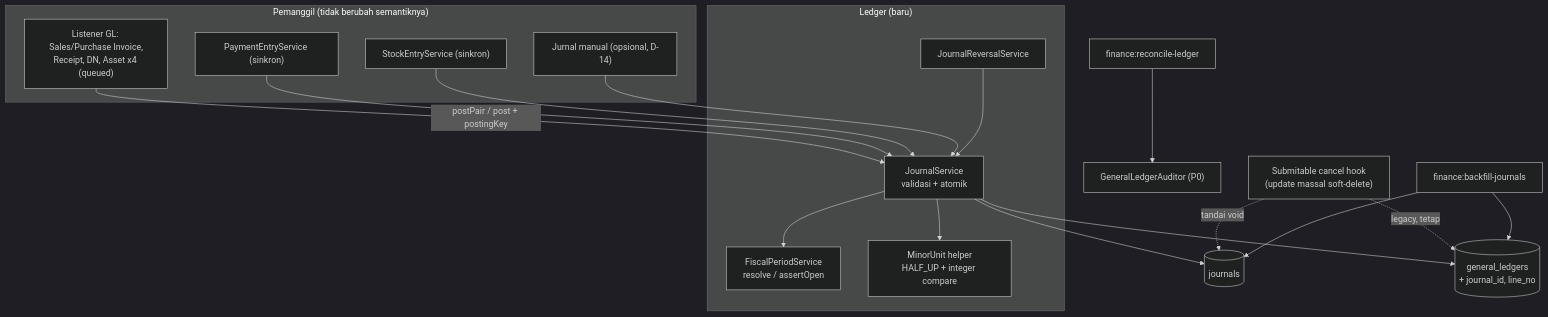
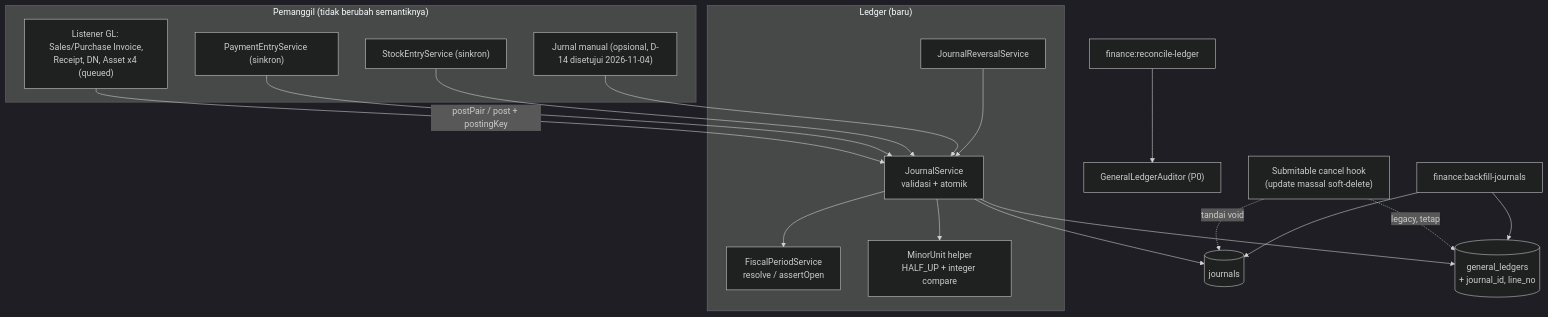
One commit to RimbunCode/erp_pataya changed the first of 2 diagrams in .kiro/specs/finance-p1-journal-core/design.md. Above: the diagram before and after it, drawn with Mermaid (dark theme). The commit also changed other lines of this file and 11 other files, not shown here.

````diff
--- a/.kiro/specs/finance-p1-journal-core/design.md
+++ b/.kiro/specs/finance-p1-journal-core/design.md
@@ -24,29 +26,29 @@
 ```mermaid
 flowchart TD
     subgraph CALLERS["Pemanggil (tidak berubah semantiknya)"]
         L1["Listener GL: Sales/Purchase Invoice,<br/>Receipt, DN, Asset x4 (queued)"]
         L2["PaymentEntryService (sinkron)"]
         L3["StockEntryService (sinkron)"]
-        UI["Jurnal manual (opsional, D-14)"]
+        UI["Jurnal manual (opsional, D-14 disetujui 2026-11-04)"]
     end
     L1 -->|postPair / post + postingKey| JS
     L2 --> JS
     L3 --> JS
     UI --> JS
     subgraph LEDGER["Ledger (baru)"]
         JS["JournalService<br/>validasi + atomik"]
         FP["FiscalPeriodService<br/>resolve / assertOpen"]
         MR["MinorUnit helper<br/>HALF_UP + integer compare"]
         RV["JournalReversalService"]
         JS --> FP
         JS --> MR
         RV --> JS
     end
     JS --> J[("journals")]
     JS --> GL[("general_ledgers<br/>+ journal_id, line_no")]
     SUB["Submitable cancel hook<br/>(update massal soft-delete)"] -.legacy, tetap.-> GL
     SUB -.tandai void.-> J
     BF["finance:backfill-journals"] --> J
     BF --> GL
     REC["finance:reconcile-ledger"] --> AUD["GeneralLedgerAuditor (P0)"]
 ```
````
